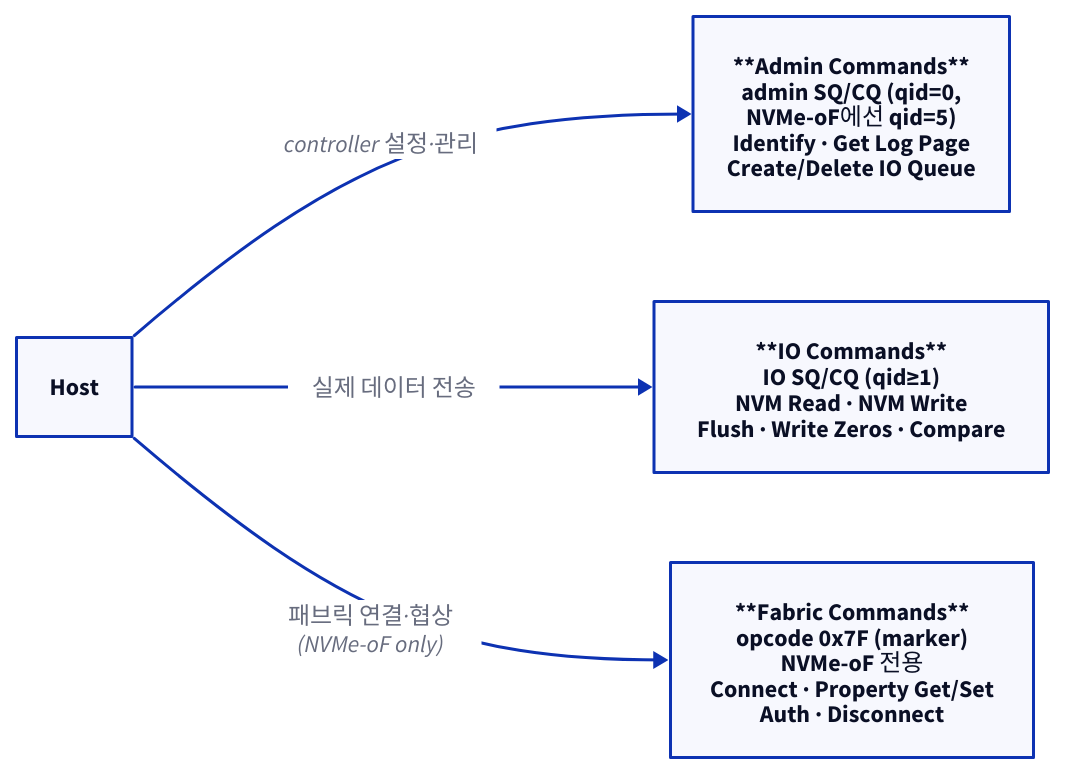
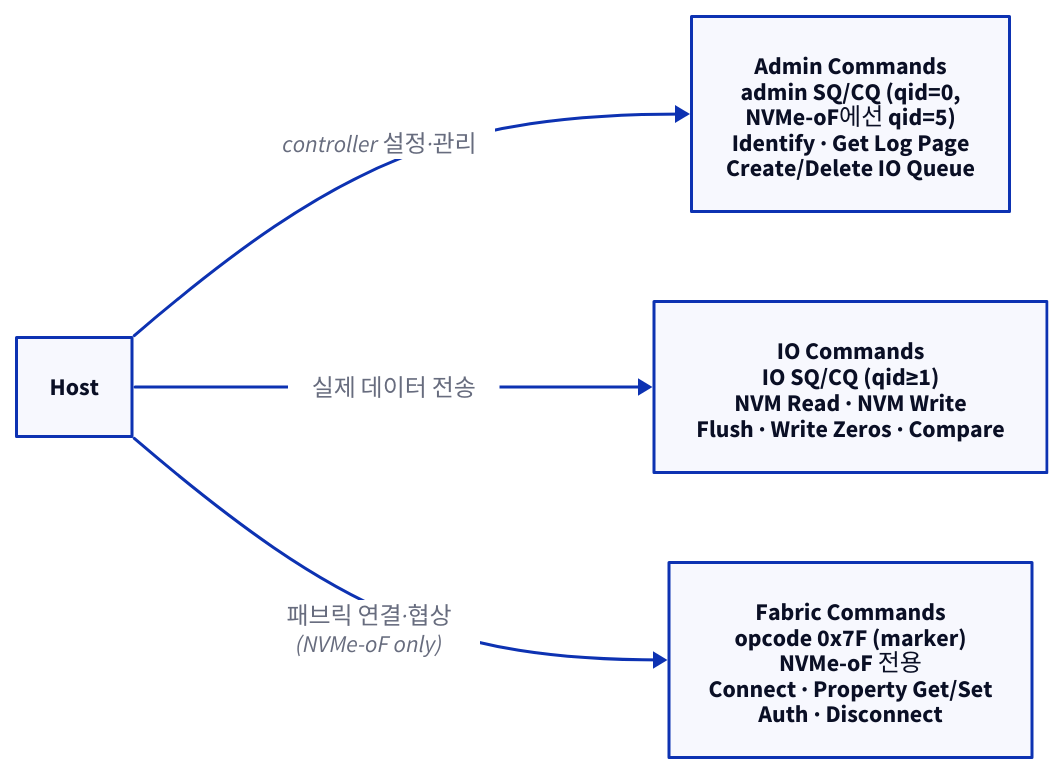
The first of 3 diagrams in starlight_site/src/content/docs/nvme/03_command_set_admin_io_fabric.md (humbleowl39/DV_SKOOL), drawn with D2 before and after one commit. The commit also changed other lines of this file and 714 other files, not shown here.

First line of the commit message:
fix(site): d2 다이어그램 가독성 결함 6종 일괄 수정

````diff
--- a/starlight_site/src/content/docs/nvme/03_command_set_admin_io_fabric.md
+++ b/starlight_site/src/content/docs/nvme/03_command_set_admin_io_fabric.md
@@ -39,13 +39,13 @@
 ```d2
 direction: right
 
 HOST: "Host"
 
-ADMIN: "**Admin Commands**\nadmin SQ/CQ (qid=0,\nNVMe-oF에선 qid=5)\nIdentify · Get Log Page\nCreate/Delete IO Queue" 
-IO: "**IO Commands**\nIO SQ/CQ (qid≥1)\nNVM Read · NVM Write\nFlush · Write Zeros · Compare"
-FABRIC: "**Fabric Commands**\nopcode 0x7F (marker)\nNVMe-oF 전용\nConnect · Property Get/Set\nAuth · Disconnect"
+ADMIN: "Admin Commands\nadmin SQ/CQ (qid=0,\nNVMe-oF에선 qid=5)\nIdentify · Get Log Page\nCreate/Delete IO Queue" 
+IO: "IO Commands\nIO SQ/CQ (qid≥1)\nNVM Read · NVM Write\nFlush · Write Zeros · Compare"
+FABRIC: "Fabric Commands\nopcode 0x7F (marker)\nNVMe-oF 전용\nConnect · Property Get/Set\nAuth · Disconnect"
 
 HOST -> ADMIN: "controller 설정·관리"
 HOST -> IO: "실제 데이터 전송"
 HOST -> FABRIC: "패브릭 연결·협상\n(NVMe-oF only)"
 ```
````
